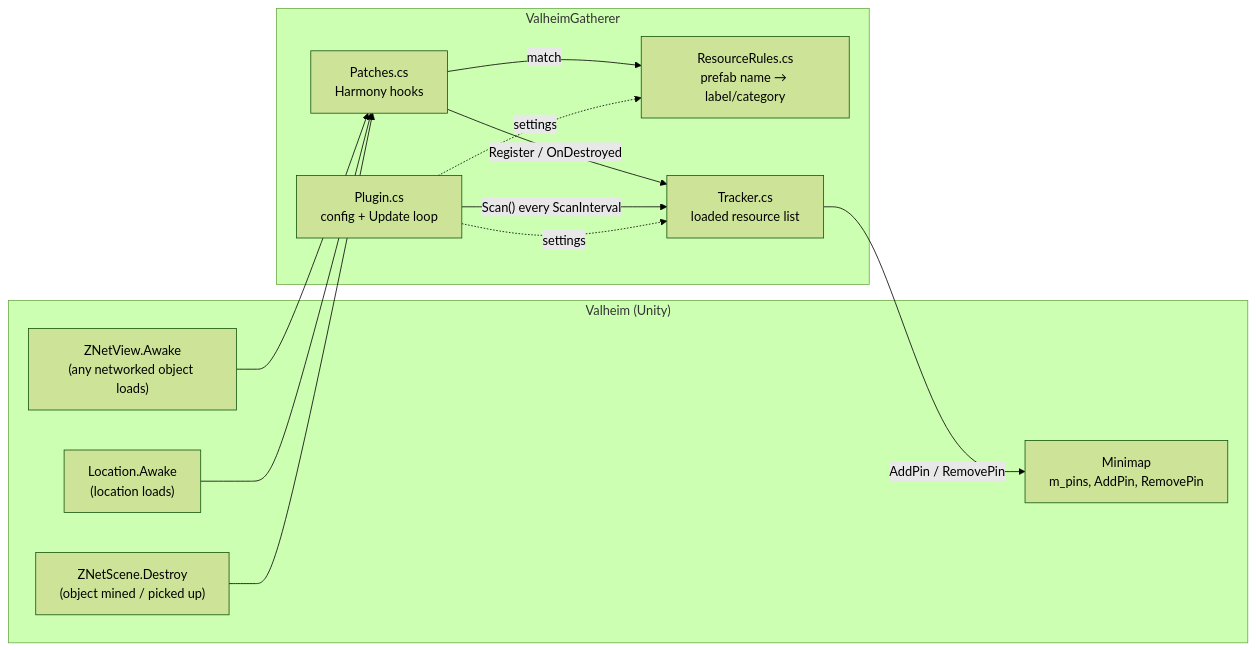
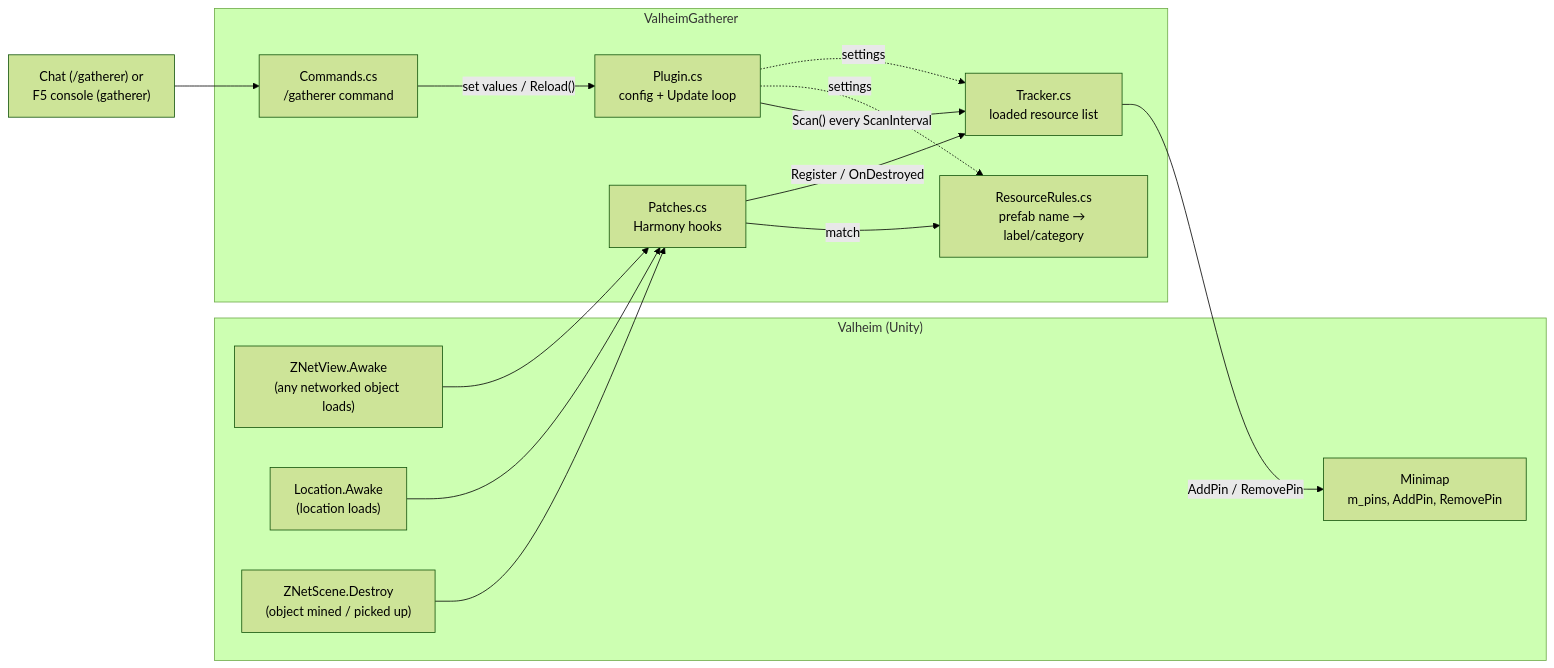
Before and after one commit to srjnvchr/valheim-gatherer: the diagram in ARCHITECTURE.md, drawn with Mermaid (forest theme). The commit also changed other lines of this file and 3 other files, not shown here.

Commit message:
Add /gatherer chat and console commands for updating plugin settings

````diff
--- a/ARCHITECTURE.md
+++ b/ARCHITECTURE.md
@@ -7,26 +7,30 @@
 ```mermaid
 flowchart LR
     subgraph Game["Valheim (Unity)"]
         ZNV["ZNetView.Awake<br/>(any networked object loads)"]
         LOC["Location.Awake<br/>(location loads)"]
         DES["ZNetScene.Destroy<br/>(object mined / picked up)"]
         MM["Minimap<br/>m_pins, AddPin, RemovePin"]
     end
 
     subgraph Plugin["ValheimGatherer"]
         P["Patches.cs<br/>Harmony hooks"]
         R["ResourceRules.cs<br/>prefab name → label/category"]
         T["Tracker.cs<br/>loaded resource list"]
         C["Plugin.cs<br/>config + Update loop"]
+        CMD["Commands.cs<br/>/gatherer command"]
     end
+
+    CHAT["Chat (/gatherer) or<br/>F5 console (gatherer)"] --> CMD
+    CMD -- "set values / Reload()" --> C
 
     ZNV --> P
     LOC --> P
     DES --> P
     P -- "match" --> R
     P -- "Register / OnDestroyed" --> T
     C -- "Scan() every ScanInterval" --> T
     T -- "AddPin / RemovePin" --> MM
     C -. "settings" .-> R
     C -. "settings" .-> T
 ```
````
